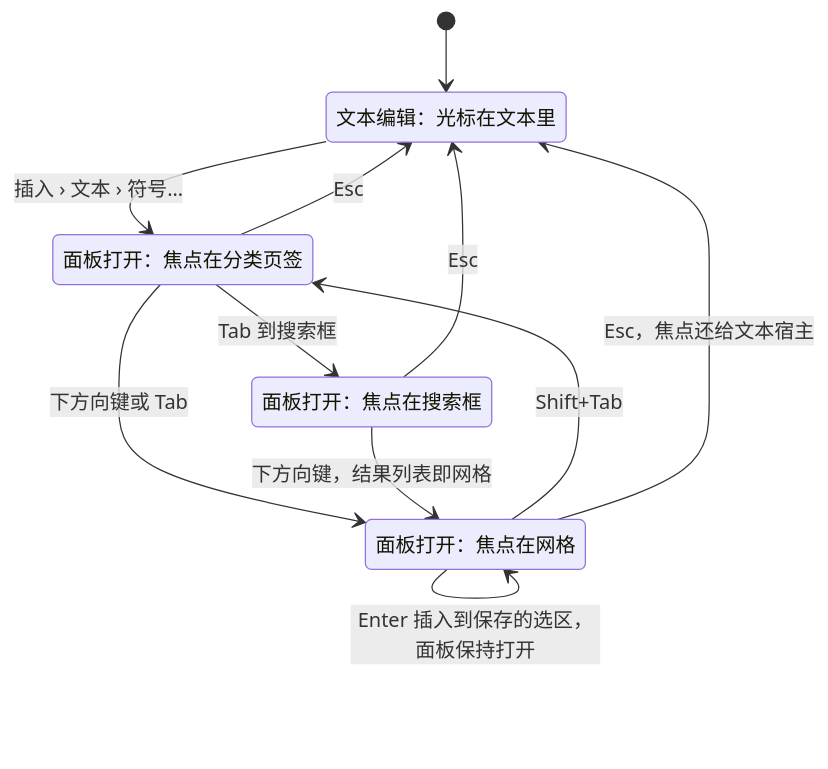
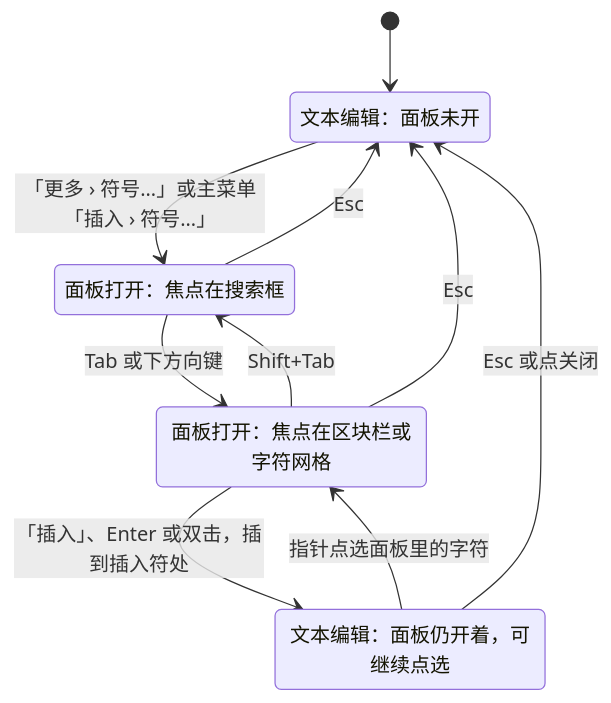
One commit to Xeonice/cordis-ppt-editor changed the tenth of 10 diagrams in docs/50-frontend/20-elements-text.md. Above: the diagram before and after it, drawn with Mermaid. The commit also changed other lines of this file and 25 other files, not shown here.

````diff
--- a/docs/50-frontend/20-elements-text.md
+++ b/docs/50-frontend/20-elements-text.md
@@ -430,17 +435,16 @@
 ```mermaid
 stateDiagram-v2
-  state "文本编辑：光标在文本里" as editing
-  state "面板打开：焦点在分类页签" as tabs
-  state "面板打开：焦点在网格" as grid
+  state "文本编辑：面板未开" as editing
   state "面板打开：焦点在搜索框" as search
+  state "面板打开：焦点在区块栏或字符网格" as grid
+  state "文本编辑：面板仍开着，可继续点选" as editingOpen
   [*] --> editing
-  editing --> tabs : 插入 › 文本 › 符号…
-  tabs --> grid : 下方向键或 Tab
-  grid --> tabs : Shift+Tab
-  tabs --> search : Tab 到搜索框
-  search --> grid : 下方向键，结果列表即网格
-  grid --> grid : Enter 插入到保存的选区，面板保持打开
-  grid --> editing : Esc，焦点还给文本宿主
+  editing --> search : 「更多 › 符号…」或主菜单「插入 › 符号…」
+  search --> grid : Tab 或下方向键
+  grid --> search : Shift+Tab
+  grid --> editingOpen : 「插入」、Enter 或双击，插到插入符处
+  editingOpen --> grid : 指针点选面板里的字符
+  editingOpen --> editing : Esc 或点关闭
   search --> editing : Esc
-  tabs --> editing : Esc
+  grid --> editing : Esc
 ```
````
